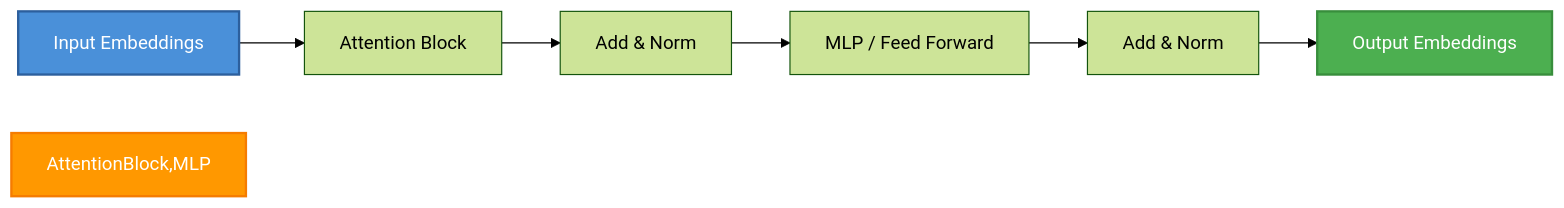
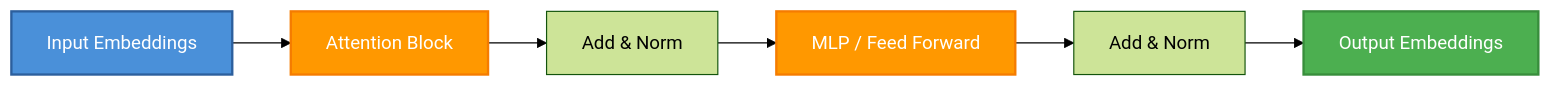
The sixth of 11 diagrams in docs/content/00-neural-networks-basics/00-neural-networks-basics.md (Parv17k/llm-fine-tuning-guide), drawn with Mermaid (forest theme) before and after one commit. The commit also changed other lines of this file and 5 other files, not shown here.

First line of the commit message:
Fix Mermaid diagram styles - split comma-separated node IDs into individual style lines

````diff
--- a/docs/content/00-neural-networks-basics/00-neural-networks-basics.md
+++ b/docs/content/00-neural-networks-basics/00-neural-networks-basics.md
@@ -128,12 +129,13 @@
 ```mermaid
 flowchart LR
     Input[Input Embeddings] --> AttentionBlock[Attention Block]
     AttentionBlock --> AddNorm[Add & Norm]
     AddNorm --> MLP[MLP / Feed Forward]
     MLP --> AddNorm2[Add & Norm]
     AddNorm2 --> Output[Output Embeddings]
     
     style Input fill:#4a90d9,stroke:#2c5f9d,color:#ffffff,stroke-width:2px
-    style AttentionBlock,MLP fill:#ff9800,stroke:#f57c00,color:#ffffff,stroke-width:2px
+    style AttentionBlock fill:#ff9800,stroke:#f57c00,color:#ffffff,stroke-width:2px
+    style MLP fill:#ff9800,stroke:#f57c00,color:#ffffff,stroke-width:2px
     style Output fill:#4caf50,stroke:#388e3c,color:#ffffff,stroke-width:2px
 ```
````
